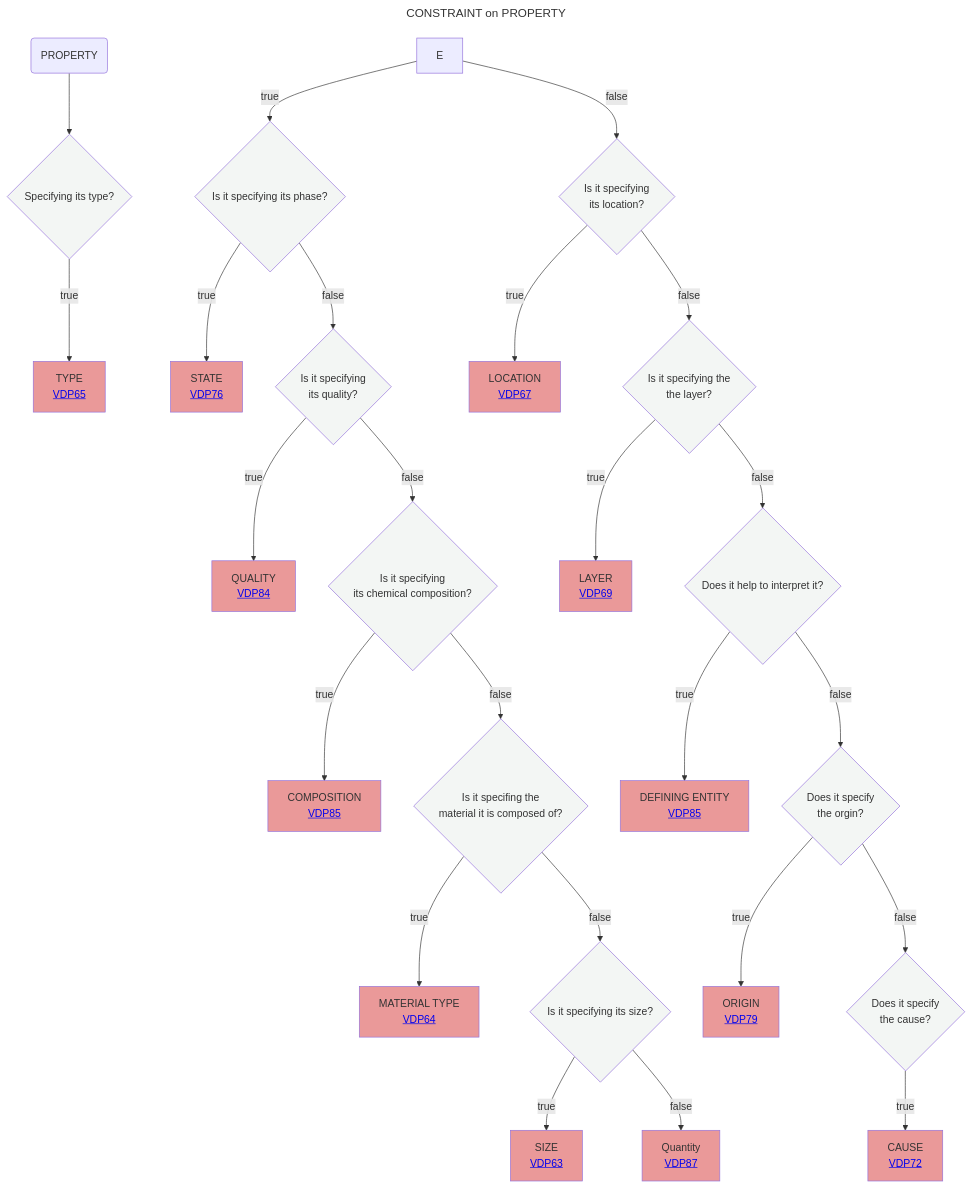
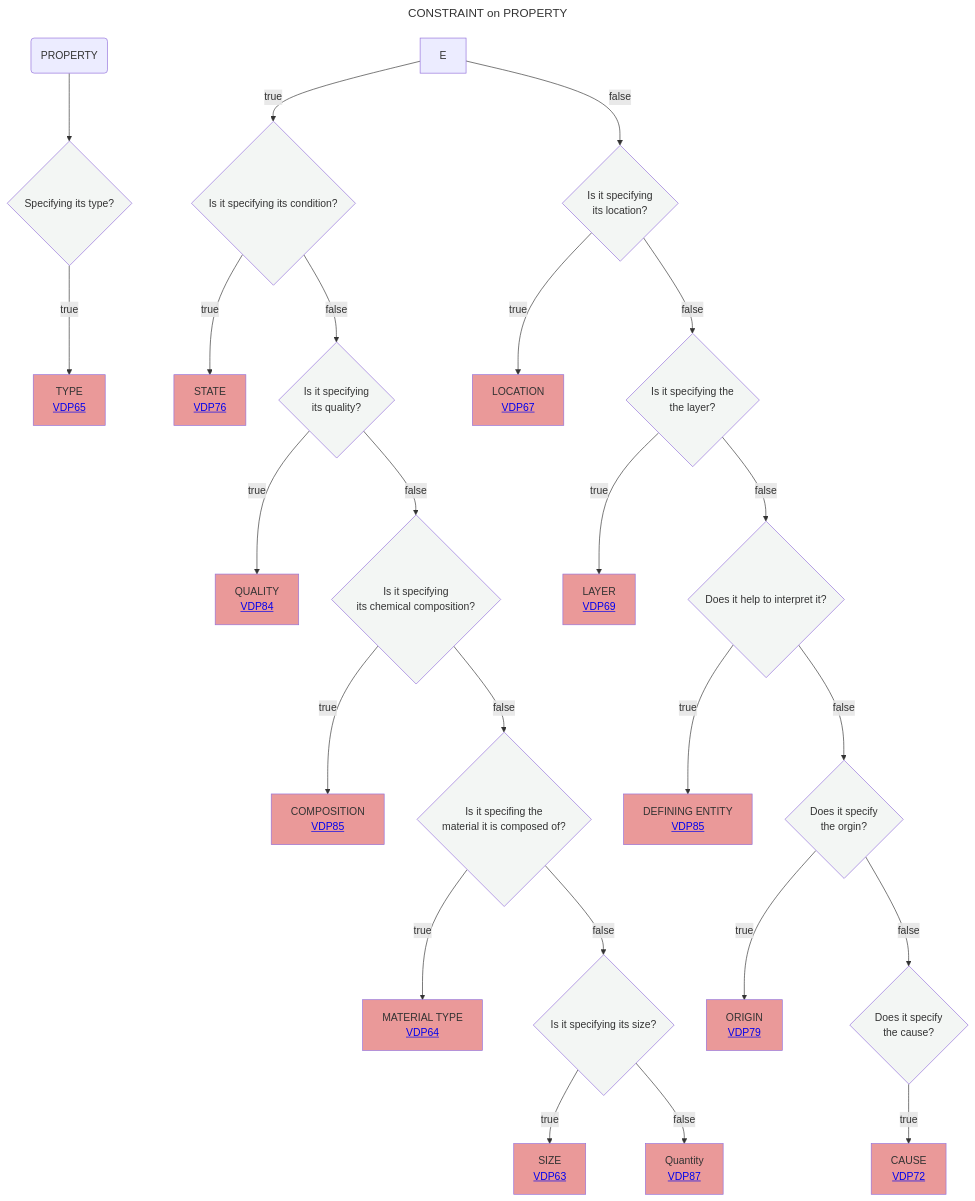
The diagram in Decisition_trees/DT9.mmd (mabablue/I-ADOPT-patterns-playground), drawn with Mermaid before and after one commit.

```diff
--- a/Decisition_trees/DT9.mmd
+++ b/Decisition_trees/DT9.mmd
@@ -1,32 +1,32 @@
 ---
 title: CONSTRAINT on PROPERTY
 ---
 flowchart TD
     A(PROPERTY)  --> B{Specifying its type?}:::white
     B --> |true|C[TYPE <br> <a href='https://github.com/mabablue/I-ADOPT-patterns-playground/blob/main/pattern/VDP65.yaml'>VDP65</a>]:::rose
-    E --> |true|G{Is it specifying its phase?}:::white
+    E --> |true|G{Is it specifying its condition?}:::white
     E --> |false|R{Is it specifying <br> its location?}:::white
     G --> |true|H[STATE <br> <a href='https://github.com/mabablue/I-ADOPT-patterns-playground/blob/main/pattern/VDP76.yaml'>VDP76</a>]:::rose
     G --> |false|I{Is it specifying <br> its quality?}:::white
     I --> |true|K[QUALITY <br> <a href='https://github.com/mabablue/I-ADOPT-patterns-playground/blob/main/pattern/VDP84.yaml'>VDP84</a>]:::rose
     I --> |false|L{Is it specifying <br> its chemical composition?}:::white
     L --> |true|M[COMPOSITION <br> <a href='https://github.com/mabablue/I-ADOPT-patterns-playground/blob/main/pattern/VDP85.yaml'>VDP85</a>]:::rose
     L --> |false|N{Is it specifing the <br> material it is composed of?}:::white
     N --> |true|O[MATERIAL TYPE <br> <a href='https://github.com/mabablue/I-ADOPT-patterns-playground/blob/main/pattern/VDP64.yaml'>VDP64</a>]:::rose
     N --> |false|P{Is it specifying its size?}:::white
     P --> |true|Q[SIZE <br> <a href='https://github.com/mabablue/I-ADOPT-patterns-playground/blob/main/pattern/VDP63.yaml'>VDP63</a>]:::rose
     P --> |false|QR[Quantity <br> <a href='https://github.com/mabablue/I-ADOPT-patterns-playground/blob/main/pattern/VDP87.yaml'>VDP87</a>]:::rose 
     R --> |true|S[LOCATION <br> <a href='https://github.com/mabablue/I-ADOPT-patterns-playground/blob/main/pattern/VDP67.yaml'>VDP67</a>]:::rose 
     R --> |false|T{Is it specifying the <br> the layer?}:::white
     T --> |true|U[LAYER <br> <a href='https://github.com/mabablue/I-ADOPT-patterns-playground/blob/main/pattern/VDP69.yaml'>VDP69</a>]:::rose
     T --> |false|V{Does it help to interpret it?}:::white
     V --> |true|W[DEFINING ENTITY <br> <a href='https://github.com/mabablue/I-ADOPT-patterns-playground/blob/main/pattern/VDP85.yaml'>VDP85</a>]:::rose
     V --> |false|VW{Does it specify <br> the orgin?}:::white
     VW --> |true|WV[ORIGIN <br> <a href='https://github.com/mabablue/I-ADOPT-patterns-playground/blob/main/pattern/VDP79.yaml'>VDP79</a>]:::rose
     VW --> |false|X{Does it specify <br> the cause?}:::white
     X --> |true|Y[CAUSE <br> <a href='https://github.com/mabablue/I-ADOPT-patterns-playground/blob/main/pattern/VDP72.yaml'>VDP72</a>]:::rose
    classDef blue fill:#90D5FF
    classDef satblue fill:#57B9FF 
    classDef white fill:#f3f6f4
    classDef green fill:#6aa84f
    classDef rose fill:#ea9999
```
